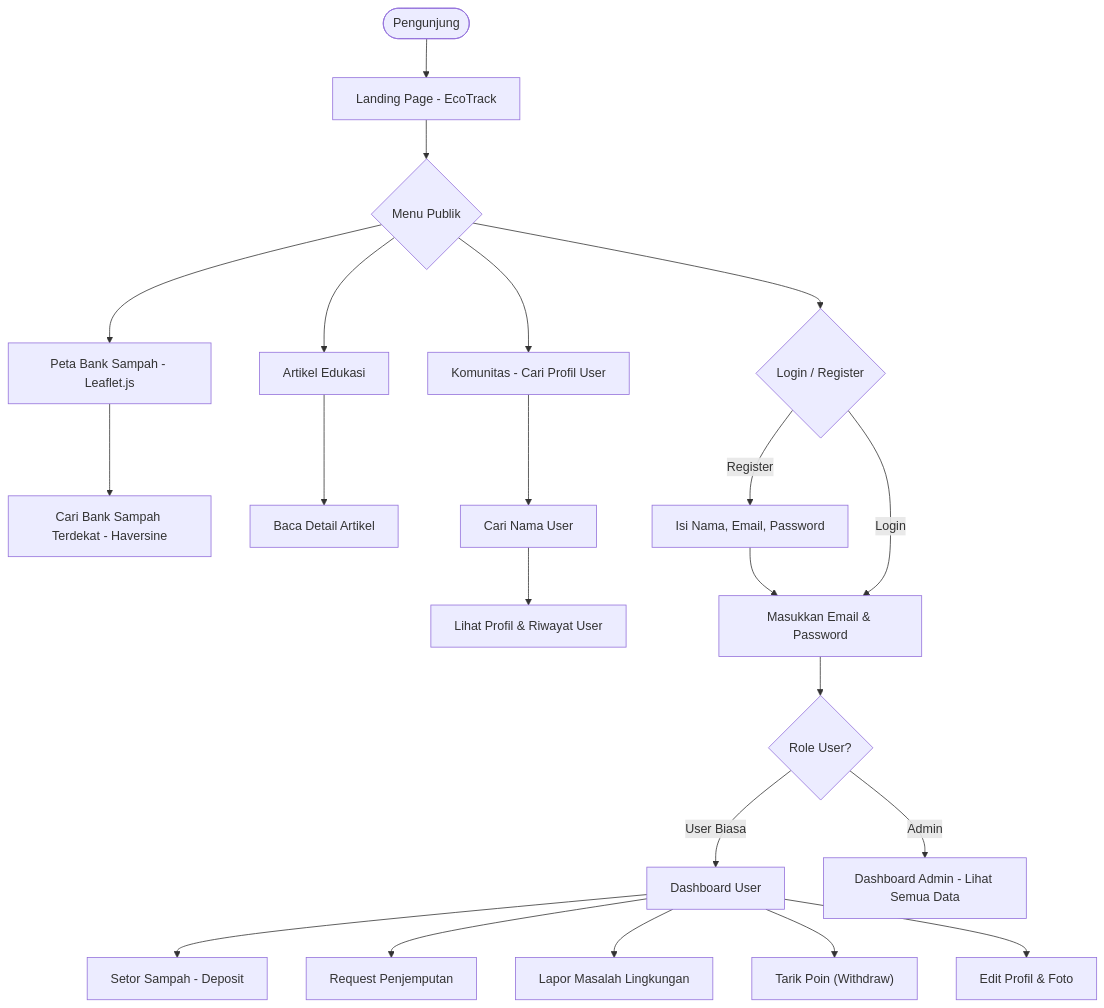
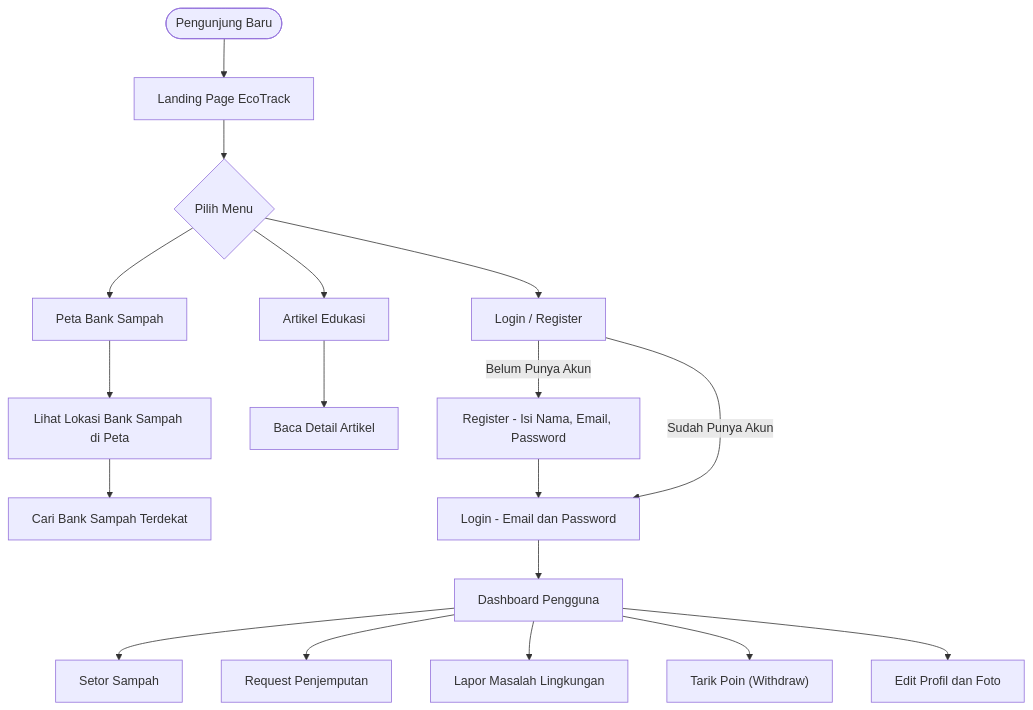
Before and after one commit to cimengabu/webPjbl: the first of 2 diagrams in README.md, drawn with Mermaid. The commit also changed other lines of this file, not shown here.

Commit message:
docs: rewrite flowchart - remove komunitas and admin, clean layout

````diff
--- a/README.md
+++ b/README.md
@@ -46,28 +46,26 @@
 ```mermaid
 flowchart TD
-    START([Pengunjung]) --> LANDING[Landing Page - EcoTrack]
-    LANDING --> PUBLIC_MENU{Menu Publik}
-    PUBLIC_MENU --> PETA[Peta Bank Sampah - Leaflet.js]
-    PUBLIC_MENU --> ARTIKEL_LIST[Artikel Edukasi]
-    PUBLIC_MENU --> KOMUNITAS[Komunitas - Cari Profil User]
-    PUBLIC_MENU --> AUTH{Login / Register}
+    A([Pengunjung Baru]) --> B[Landing Page EcoTrack]
+    B --> C{Pilih Menu}
 
-    PETA --> NEARBY[Cari Bank Sampah Terdekat - Haversine]
-    ARTIKEL_LIST --> ARTIKEL_DETAIL[Baca Detail Artikel]
-    KOMUNITAS --> SEARCH[Cari Nama User]
-    SEARCH --> PROFIL_USER[Lihat Profil & Riwayat User]
+    C --> D[Peta Bank Sampah]
+    C --> E[Artikel Edukasi]
+    C --> F[Login / Register]
 
-    AUTH -->|Register| REG[Isi Nama, Email, Password]
-    REG --> LOGIN
-    AUTH -->|Login| LOGIN[Masukkan Email & Password]
-    LOGIN --> IS_ADMIN{Role User?}
+    D --> D1[Lihat Lokasi Bank Sampah di Peta]
+    D1 --> D2[Cari Bank Sampah Terdekat]
 
-    IS_ADMIN -->|User Biasa| DASHBOARD[Dashboard User]
-    IS_ADMIN -->|Admin| DASHBOARD_ADMIN[Dashboard Admin - Lihat Semua Data]
+    E --> E1[Baca Detail Artikel]
 
-    DASHBOARD --> D_DEPOSIT[Setor Sampah - Deposit]
-    DASHBOARD --> D_PICKUP[Request Penjemputan]
-    DASHBOARD --> D_REPORT[Lapor Masalah Lingkungan]
-    DASHBOARD --> D_WITHDRAW["Tarik Poin (Withdraw)"]
-    DASHBOARD --> D_PROFILE[Edit Profil & Foto]
+    F -->|Belum Punya Akun| G[Register - Isi Nama, Email, Password]
+    G --> H[Login]
+    F -->|Sudah Punya Akun| H[Login - Email dan Password]
+
+    H --> I[Dashboard Pengguna]
+
+    I --> J[Setor Sampah]
+    I --> K[Request Penjemputan]
+    I --> L[Lapor Masalah Lingkungan]
+    I --> M["Tarik Poin (Withdraw)"]
+    I --> N[Edit Profil dan Foto]
 ```
````
